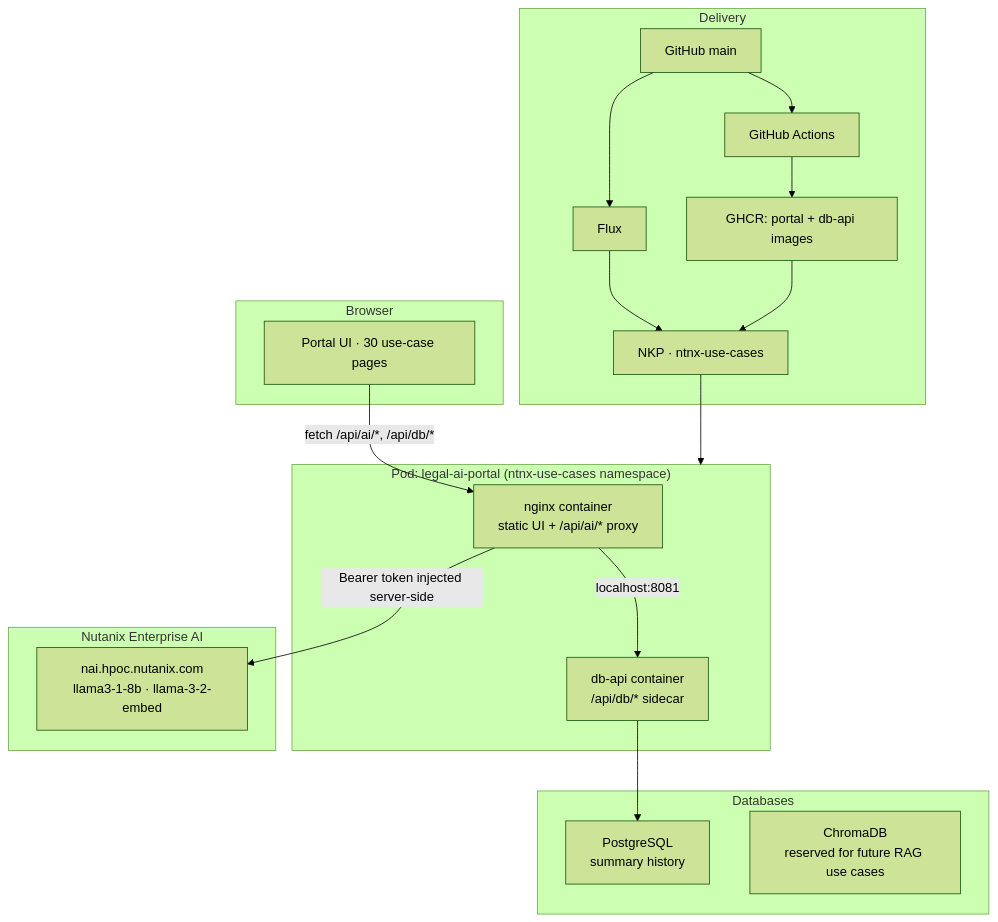
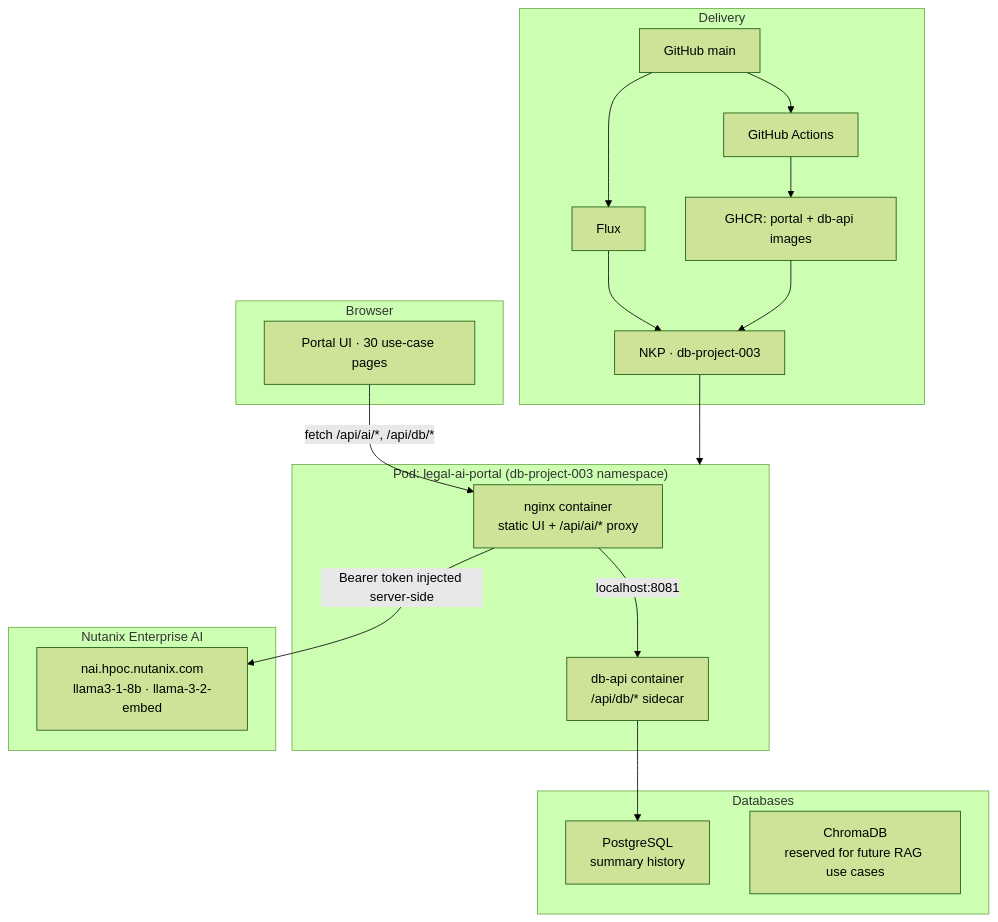
The diagram in README.md (script-repo/ucdemo-003-legal), drawn with Mermaid (forest theme) before and after one commit. The commit also changed other lines of this file and 42 other files, not shown here.

First line of the commit message:
Rename deployment namespace: ntnx-use-cases -> db-project-003

````diff
--- a/README.md
+++ b/README.md
@@ -22,38 +22,38 @@
 ```mermaid
 flowchart TB
   subgraph browser["Browser"]
     UI["Portal UI · 30 use-case pages"]
   end
 
-  subgraph pod["Pod: legal-ai-portal (ntnx-use-cases namespace)"]
+  subgraph pod["Pod: legal-ai-portal (db-project-003 namespace)"]
     Nginx["nginx container<br/>static UI + /api/ai/* proxy"]
     DbApi["db-api container<br/>/api/db/* sidecar"]
     Nginx -->|"localhost:8081"| DbApi
   end
 
   subgraph data["Databases"]
     PG["PostgreSQL<br/>summary history"]
     Chroma["ChromaDB<br/>reserved for future RAG use cases"]
   end
 
   subgraph inference["Nutanix Enterprise AI"]
     NAI["nai.hpoc.nutanix.com<br/>llama3-1-8b · llama-3-2-embed"]
   end
 
   subgraph gitops["Delivery"]
     Git["GitHub main"]
     GHA["GitHub Actions"]
     GHCR["GHCR: portal + db-api images"]
     Flux["Flux"]
-    NKP["NKP · ntnx-use-cases"]
+    NKP["NKP · db-project-003"]
   end
 
   UI -->|"fetch /api/ai/*, /api/db/*"| Nginx
   Nginx -->|"Bearer token injected server-side"| NAI
   DbApi --> PG
 
   Git --> GHA --> GHCR
   Git --> Flux --> NKP
   GHCR --> NKP
   NKP --> pod
 ```
````
